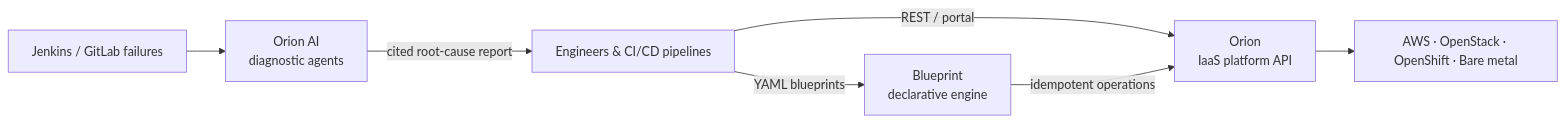
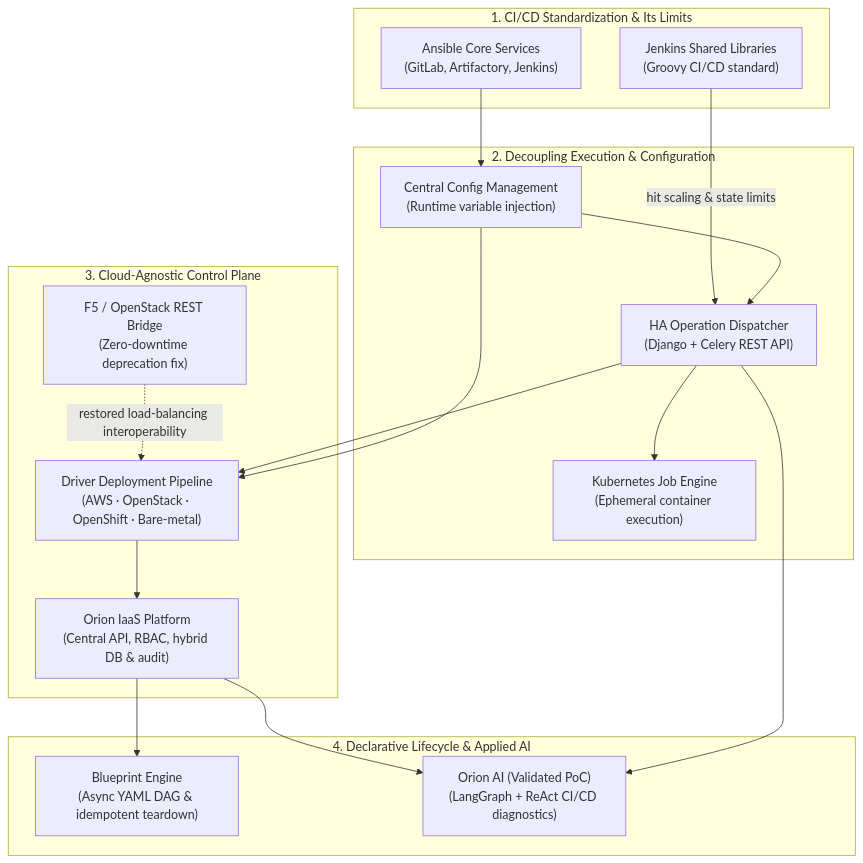
Before and after one commit to oredondo/oredondo.github.io: the diagram in docs/projects/index.md, drawn with Mermaid. The commit also changed other lines of this file and 30 other files, not shown here.

````diff
--- a/docs/projects/index.md
+++ b/docs/projects/index.md
@@ -78,9 +24,36 @@
 ```mermaid
-flowchart LR
-    Dev["Engineers & CI/CD pipelines"] -->|"YAML blueprints"| BP["Blueprint<br/>declarative engine"]
-    Dev -->|"REST / portal"| ORION["Orion<br/>IaaS platform API"]
-    BP -->|"idempotent operations"| ORION
-    ORION --> INFRA["AWS · OpenStack · OpenShift · Bare metal"]
-    CI["Jenkins / GitLab failures"] --> AI["Orion AI<br/>diagnostic agents"]
-    AI -->|"cited root-cause report"| Dev
+flowchart TB
+    subgraph Phase1["1. CI/CD Standardization & Its Limits"]
+        JSL["Jenkins Shared Libraries<br/>(Groovy CI/CD standard)"]
+        ANS["Ansible Core Services<br/>(GitLab, Artifactory, Jenkins)"]
+    end
+
+    subgraph Phase2["2. Decoupling Execution & Configuration"]
+        DISP["HA Operation Dispatcher<br/>(Django + Celery REST API)"]
+        CFG["Central Config Management<br/>(Runtime variable injection)"]
+        K8S["Kubernetes Job Engine<br/>(Ephemeral container execution)"]
+    end
+
+    subgraph Phase3["3. Cloud-Agnostic Control Plane"]
+        PIPE["Driver Deployment Pipeline<br/>(AWS · OpenStack · OpenShift · Bare-metal)"]
+        F5["F5 / OpenStack REST Bridge<br/>(Zero-downtime deprecation fix)"]
+        ORION["Orion IaaS Platform<br/>(Central API, RBAC, hybrid DB & audit)"]
+    end
+
+    subgraph Phase4["4. Declarative Lifecycle & Applied AI"]
+        BP["Blueprint Engine<br/>(Async YAML DAG & idempotent teardown)"]
+        AI["Orion AI (Validated PoC)<br/>(LangGraph + ReAct CI/CD diagnostics)"]
+    end
+
+    JSL -->|"hit scaling & state limits"| DISP
+    ANS --> CFG
+    CFG --> DISP
+    DISP --> K8S
+    DISP --> PIPE
+    CFG --> PIPE
+    F5 -.->|"restored load-balancing interoperability"| PIPE
+    PIPE --> ORION
+    ORION --> BP
+    ORION --> AI
+    DISP --> AI
 ```
````
